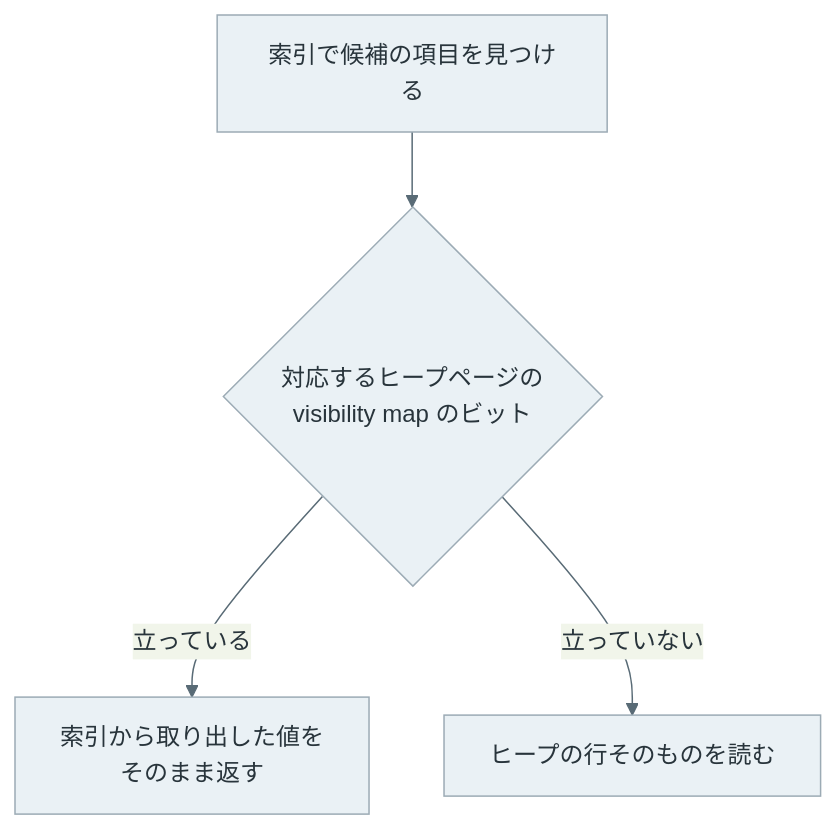
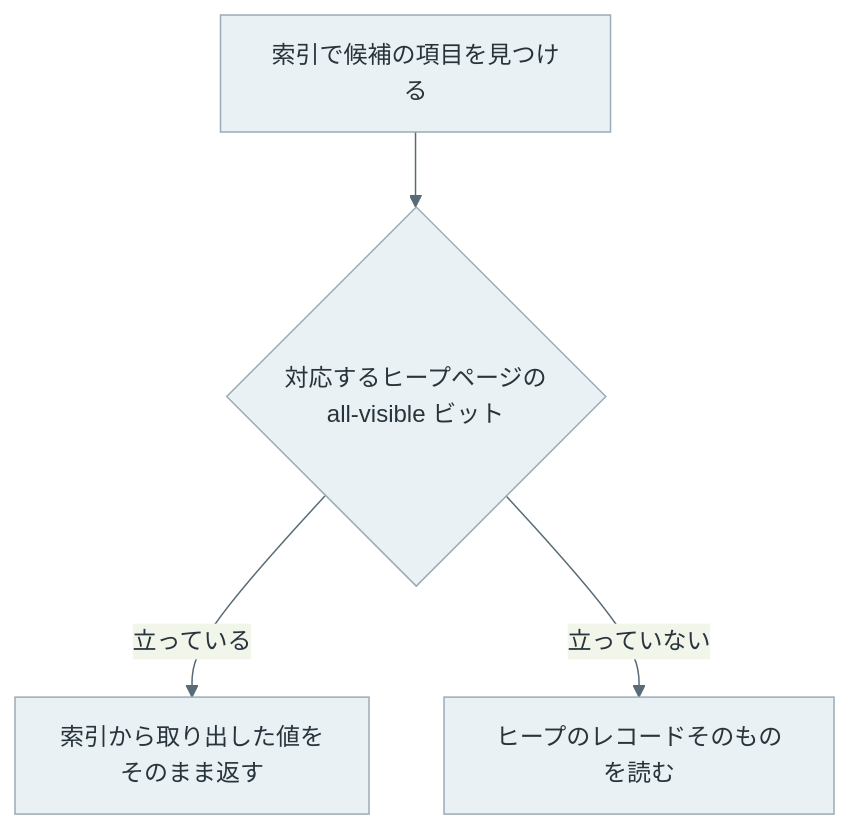
Before and after one commit to nao1215/debimate: the fifth of 8 diagrams in content/notes/database-systems/index-scan/index.md, drawn with Mermaid. The commit also changed other lines of this file and 125 other files, not shown here.

````diff
--- a/content/notes/database-systems/index-scan/index.md
+++ b/content/notes/database-systems/index-scan/index.md
@@ -199,8 +218,8 @@
 ```mermaid
 %%{init: {"theme":"base","themeVariables":{"primaryColor":"#eaf1f5","primaryTextColor":"#28343b","primaryBorderColor":"#9cabb5","lineColor":"#596b76","textColor":"#28343b","actorBkg":"#eaf1f5","actorBorder":"#9cabb5","actorTextColor":"#28343b","actorLineColor":"#9cabb5","signalColor":"#596b76","signalTextColor":"#28343b","noteBkgColor":"#f7f1e5","noteBorderColor":"#c5b99b","noteTextColor":"#403c32","activationBkgColor":"#edf3ef","activationBorderColor":"#9aafa1"}}}%%
 flowchart TB
-    F["索引で候補の項目を見つける"] --> V{"対応するヒープページの<br/>visibility map のビット"}
+    F["索引で候補の項目を見つける"] --> V{"対応するヒープページの<br/>all-visible ビット"}
     V -->|"立っている"| A["索引から取り出した値を<br/>そのまま返す"]
-    V -->|"立っていない"| B["ヒープの行そのものを読む"]
+    V -->|"立っていない"| B["ヒープのレコードそのものを読む"]
     classDef default fill:#eaf1f5,stroke:#9cabb5,color:#28343b;
 ```
````
